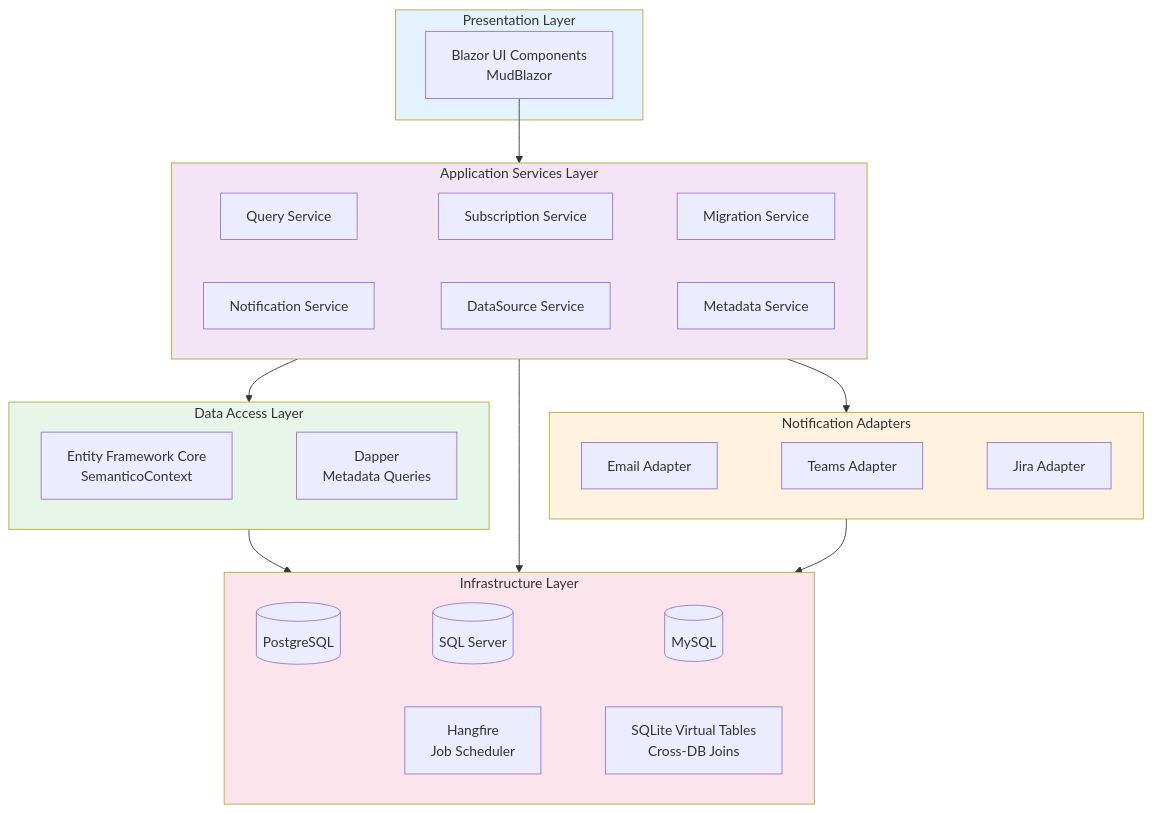
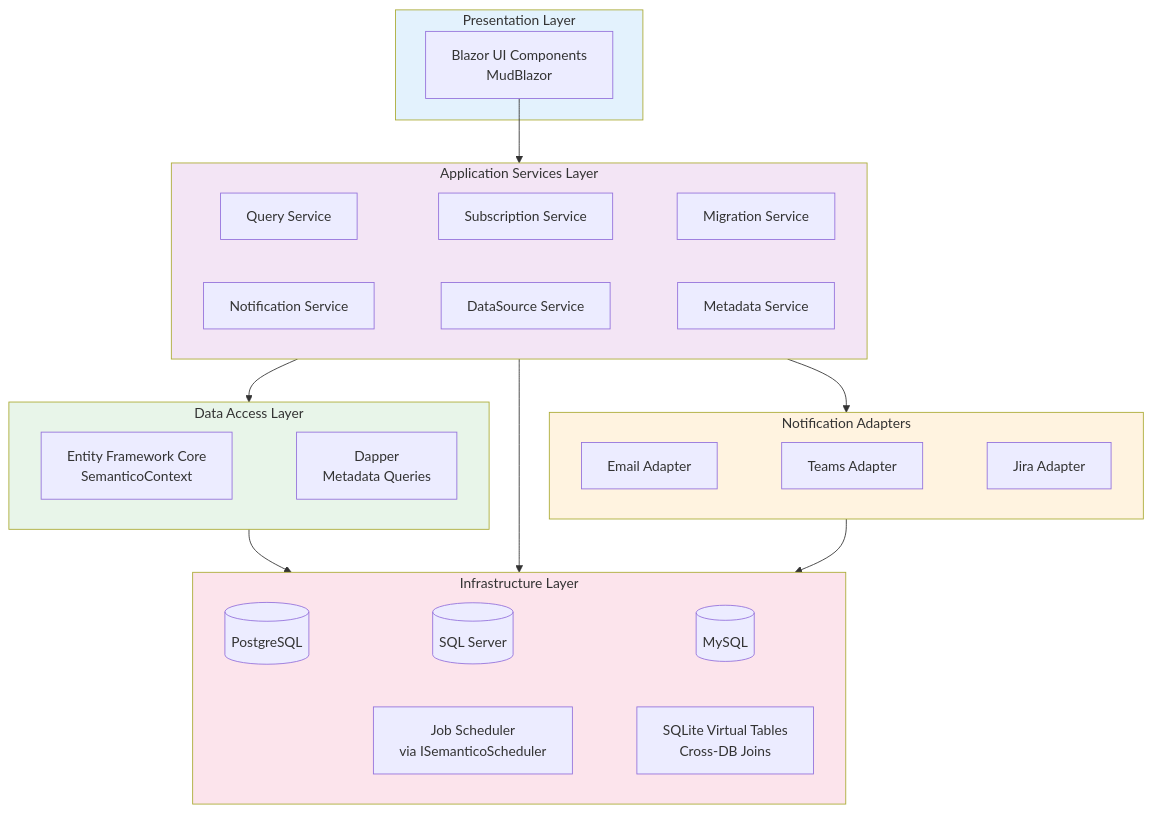
Before and after one commit to moberghr/beacon: the first of 3 diagrams in docs/index.md, drawn with Mermaid. The commit also changed other lines of this file and 9 other files, not shown here.

````diff
--- a/docs/index.md
+++ b/docs/index.md
@@ -38,37 +38,37 @@
 ```mermaid
 graph TB
     subgraph UI["Presentation Layer"]
         BlazorUI[Blazor UI Components<br/>MudBlazor]
     end
 
     subgraph Core["Application Services Layer"]
         QuerySvc[Query Service] ~~~ SubSvc[Subscription Service] ~~~ MigSvc[Migration Service]
         NotifSvc[Notification Service] ~~~ DataSrcSvc[DataSource Service] ~~~ MetaSvc[Metadata Service]
     end
 
     subgraph Adapters["Notification Adapters"]
         EmailAdapter[Email Adapter] ~~~ TeamsAdapter[Teams Adapter] ~~~ JiraAdapter[Jira Adapter]
     end
 
     subgraph Data["Data Access Layer"]
         EFCore[Entity Framework Core<br/>SemanticoContext] ~~~ Dapper[Dapper<br/>Metadata Queries]
     end
 
     subgraph Infrastructure["Infrastructure Layer"]
         PgSQL[(PostgreSQL)] ~~~ MSSQL[(SQL Server)] ~~~ MySQL[(MySQL)]
-        Hangfire[Hangfire<br/>Job Scheduler] ~~~ SQLiteVM[SQLite Virtual Tables<br/>Cross-DB Joins]
+        Scheduler[Job Scheduler<br/>via ISemanticoScheduler] ~~~ SQLiteVM[SQLite Virtual Tables<br/>Cross-DB Joins]
     end
 
     BlazorUI --> Core
     Core --> Adapters
     Core --> Data
     Data --> Infrastructure
     Core --> Infrastructure
     Adapters --> Infrastructure
 
     style UI fill:#e3f2fd
     style Core fill:#f3e5f5
     style Adapters fill:#fff3e0
     style Data fill:#e8f5e9
     style Infrastructure fill:#fce4ec
 ```
````
